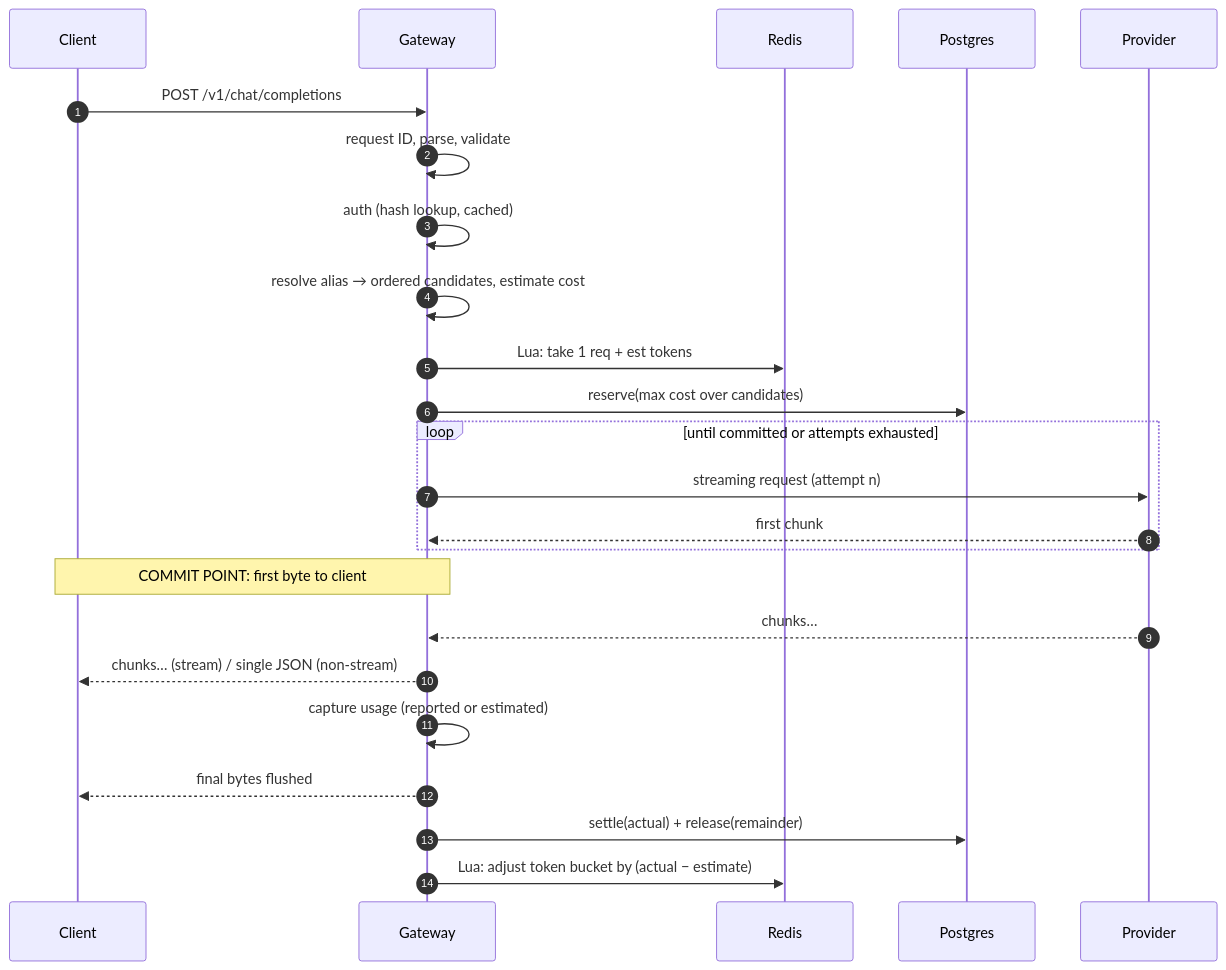
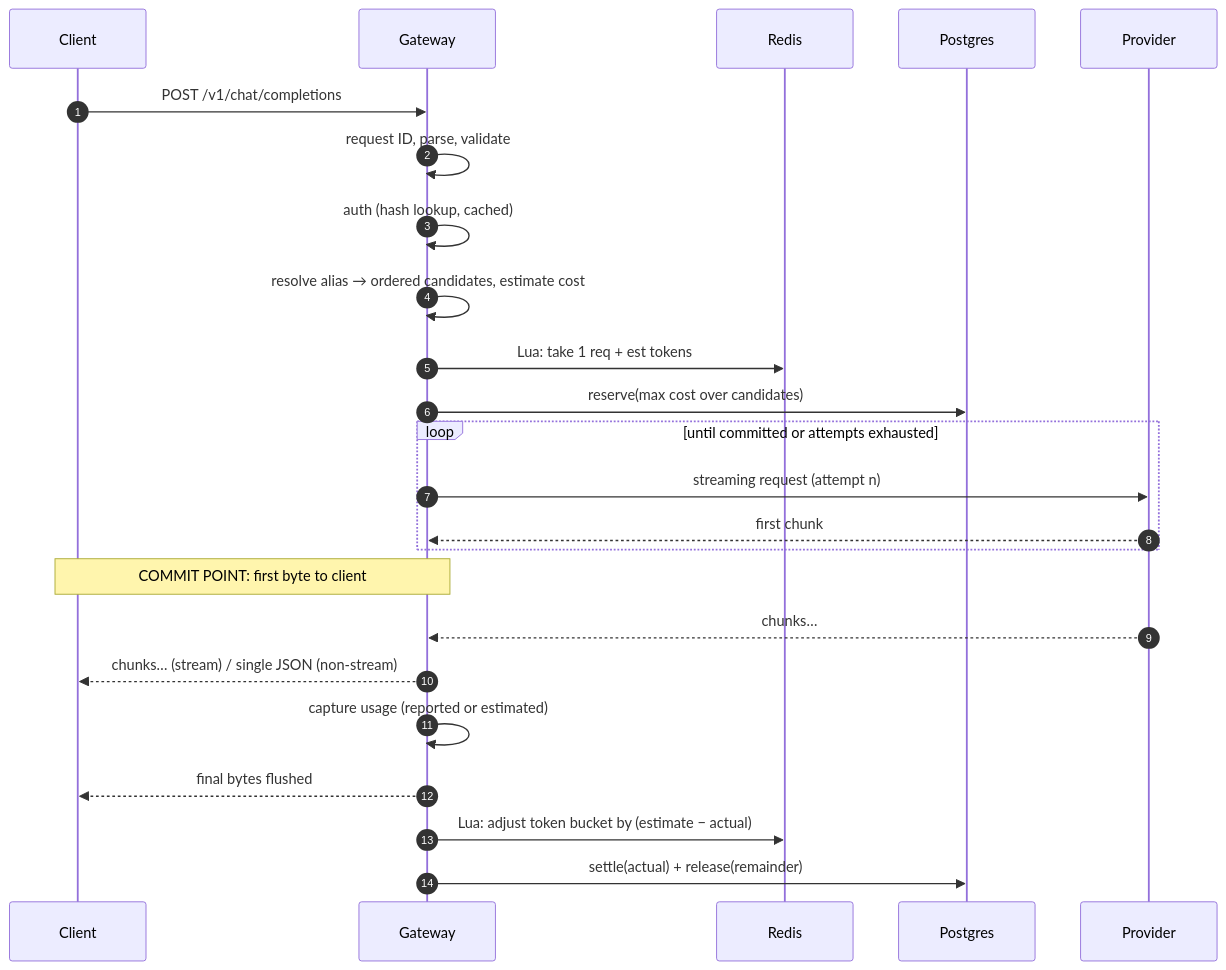
The second of 3 diagrams in docs/design.md (SamirVarma01/Multi-Provider-LLM-Gateway), drawn with Mermaid before and after one commit. The commit also changed other lines of this file, not shown here.

````diff
--- a/docs/design.md
+++ b/docs/design.md
@@ -44,26 +44,26 @@
 ```mermaid
 sequenceDiagram
   autonumber
   participant C as Client
   participant G as Gateway
   participant RL as Redis
   participant PG as Postgres
   participant UP as Provider
   C->>G: POST /v1/chat/completions
   G->>G: request ID, parse, validate
   G->>G: auth (hash lookup, cached)
   G->>G: resolve alias → ordered candidates, estimate cost
   G->>RL: Lua: take 1 req + est tokens
   G->>PG: reserve(max cost over candidates)
   loop until committed or attempts exhausted
     G->>UP: streaming request (attempt n)
     UP-->>G: first chunk
   end
   Note over G,C: COMMIT POINT: first byte to client
   UP-->>G: chunks…
   G-->>C: chunks… (stream) / single JSON (non-stream)
   G->>G: capture usage (reported or estimated)
   G-->>C: final bytes flushed
+  G->>RL: Lua: adjust token bucket by (estimate − actual)
   G->>PG: settle(actual) + release(remainder)
-  G->>RL: Lua: adjust token bucket by (actual − estimate)
 ```
````
